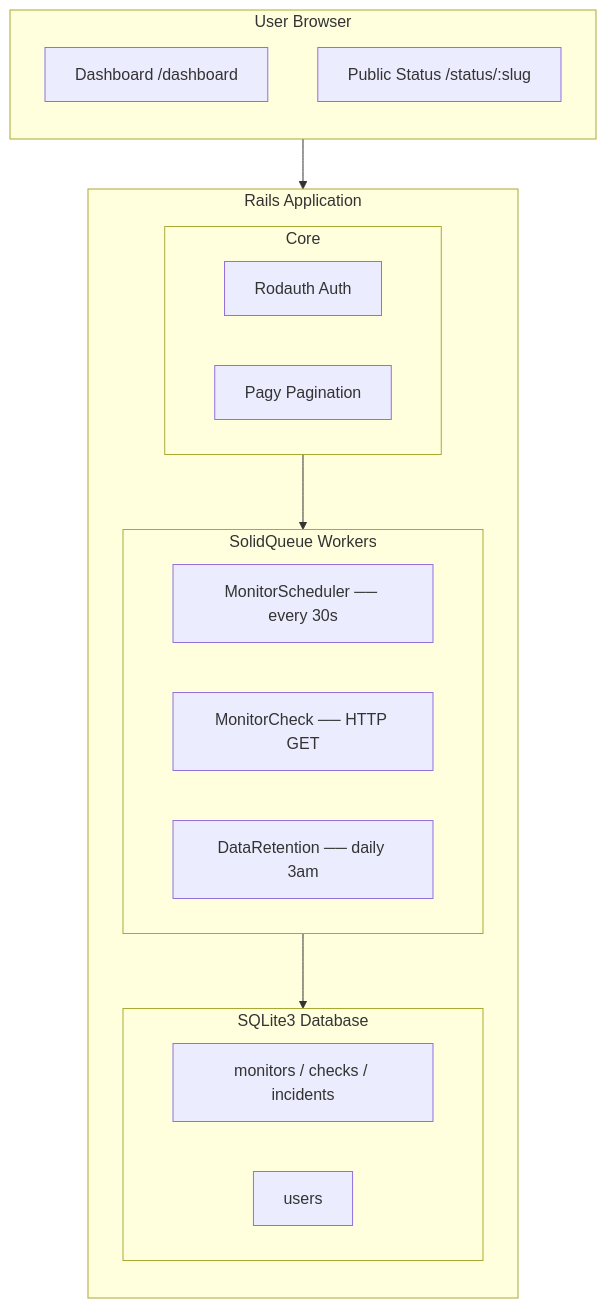
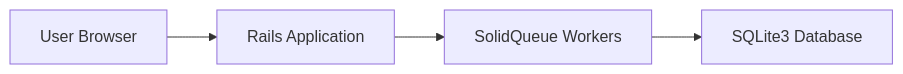
The diagram in README.md (senbinil/up-timer), drawn with Mermaid before and after one commit. The commit also changed other lines of this file, not shown here.

Commit message:
docs(readme): simplify architecture diagram to concise overview

````diff
--- a/README.md
+++ b/README.md
@@ -137,32 +137,6 @@
 ```mermaid
-flowchart TB
-    subgraph Browser["User Browser"]
-        direction TB
-        A["Dashboard /dashboard"]
-        B["Public Status /status/:slug"]
-    end
-
-    subgraph Rails["Rails Application"]
-        direction TB
-
-        subgraph Core["Core"]
-            Rodauth["Rodauth Auth"]
-            Pagy["Pagy Pagination"]
-        end
-
-        subgraph Workers["SolidQueue Workers"]
-            Scheduler["MonitorScheduler ── every 30s"]
-            Check["MonitorCheck ── HTTP GET"]
-            Retention["DataRetention ── daily 3am"]
-        end
-
-        subgraph Database["SQLite3 Database"]
-            M["monitors / checks / incidents"]
-            U["users"]
-        end
-    end
-
-    Browser --> Rails
-    Core --> Workers
-    Workers --> Database
+flowchart LR
+    Browser["User Browser"] --> App["Rails Application"]
+    App --> Jobs["SolidQueue Workers"]
+    Jobs --> DB["SQLite3 Database"]
 ```
````
